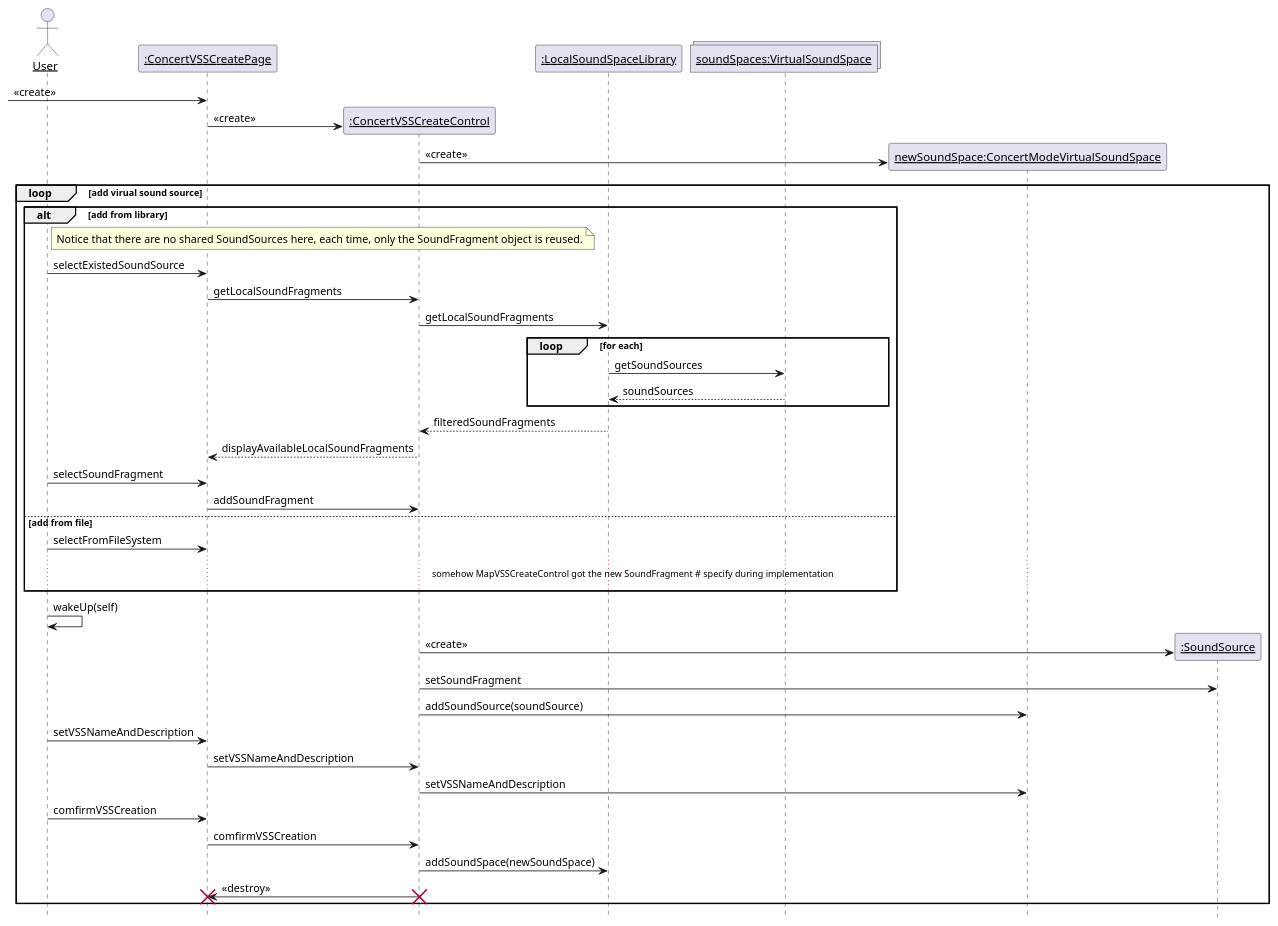
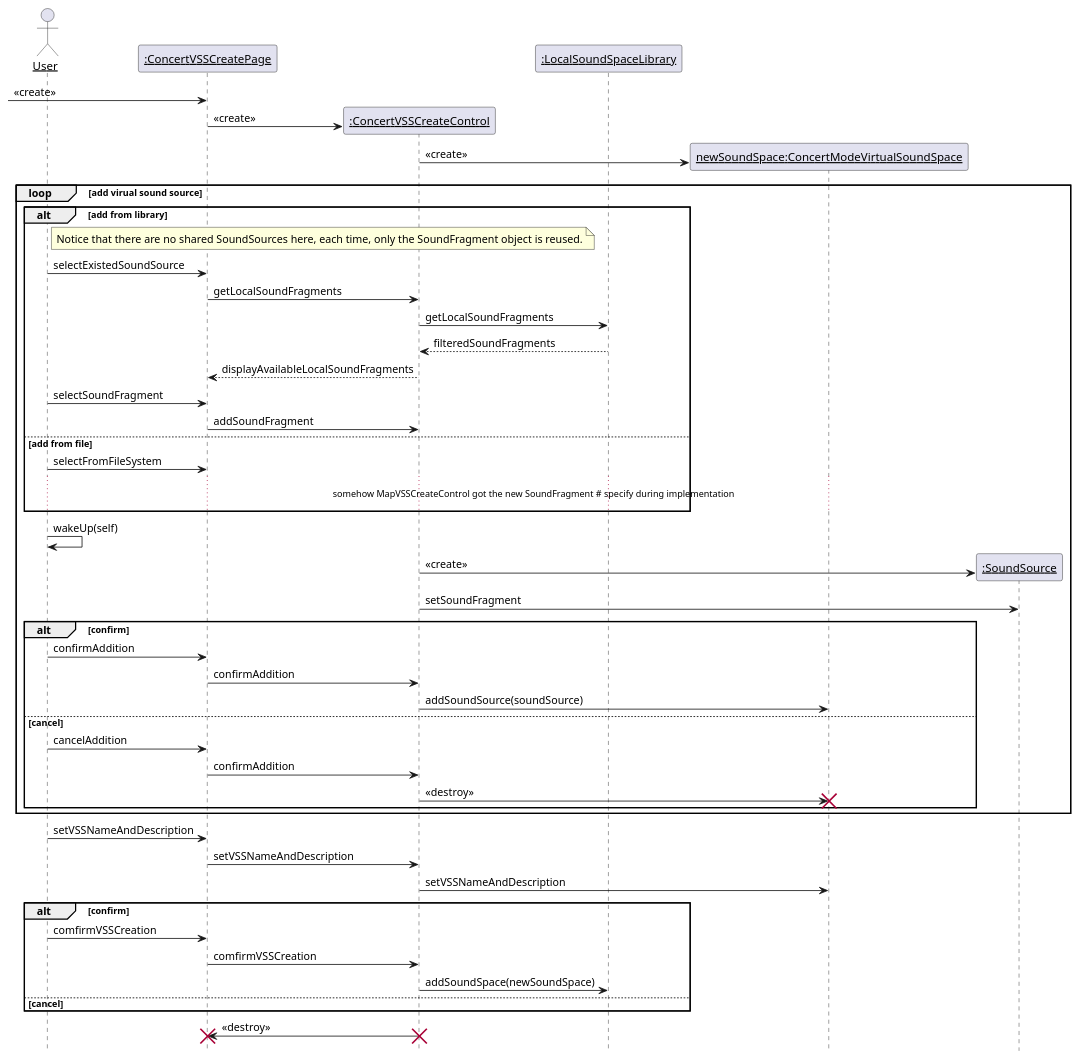
Before and after one commit to kpp19920121/doc: the sixth of 21 diagrams in 需求定义和分析/SeqDiagram.md, drawn with PlantUML. The commit also changed other lines of this file and 22 other files, not shown here.

````diff
--- a/需求定义和分析/SeqDiagram.md
+++ b/需求定义和分析/SeqDiagram.md
@@ -303,61 +348,66 @@
 ```PlantUML
 @startuml CreateConcertModeVSS
 hide footbox
 skinparam sequenceParticipant underline
 
 
 actor User as user
 participant ":ConcertVSSCreatePage" as createboundary
 participant ":ConcertVSSCreateControl" as createcontrol
 participant ":LocalSoundSpaceLibrary" as library
-collections "soundSpaces:VirtualSoundSpace" as vsses
 participant "newSoundSpace:ConcertModeVirtualSoundSpace" as newspace
 
 create createboundary
 -> createboundary: <<create>>
 create createcontrol
 createboundary -> createcontrol: <<create>>
 create newspace
 createcontrol -> newspace: <<create>>
 
 loop add virual sound source
     alt add from library
         note right of user: Notice that there are no shared SoundSources here, each time, only the SoundFragment object is reused.
         user -> createboundary: selectExistedSoundSource
         createboundary -> createcontrol: getLocalSoundFragments
         createcontrol -> library: getLocalSoundFragments
-        loop for each
-            library -> vsses: getSoundSources
-            vsses --> library: soundSources
-        end
         library --> createcontrol: filteredSoundFragments
         createcontrol --> createboundary: displayAvailableLocalSoundFragments
         user -> createboundary: selectSoundFragment
         createboundary -> createcontrol: addSoundFragment
     else add from file
         user -> createboundary: selectFromFileSystem
         ...somehow MapVSSCreateControl got the new SoundFragment # specify during implementation...
     end
 
 
     participant ":SoundSource" as source
     user -> user: wakeUp(self)
     create source
     createcontrol -> source: <<create>>
     createcontrol -> source: setSoundFragment
-    createcontrol -> newspace: addSoundSource(soundSource)
-    user -> createboundary: setVSSNameAndDescription
-    createboundary -> createcontrol: setVSSNameAndDescription
-    createcontrol -> newspace: setVSSNameAndDescription
+    alt confirm
+        user -> createboundary: confirmAddition
+        createboundary -> createcontrol: confirmAddition
+        createcontrol -> newspace: addSoundSource(soundSource)
+    else cancel
+        user -> createboundary: cancelAddition
+        createboundary -> createcontrol: confirmAddition
+        createcontrol -> newspace: <<destroy>>
+        destroy newspace
+    end
+
+end
+user -> createboundary: setVSSNameAndDescription
+createboundary -> createcontrol: setVSSNameAndDescription
+createcontrol -> newspace: setVSSNameAndDescription
+alt confirm
     user -> createboundary: comfirmVSSCreation
     createboundary -> createcontrol: comfirmVSSCreation
     createcontrol -> library: addSoundSpace(newSoundSpace)
-
-    createcontrol -> createboundary: <<destroy>>
-    destroy createboundary
-    destroy createcontrol
-
-
+else cancel
 end
+createcontrol -> createboundary: <<destroy>>
+destroy createboundary
+destroy createcontrol
 @enduml
 ```
````
